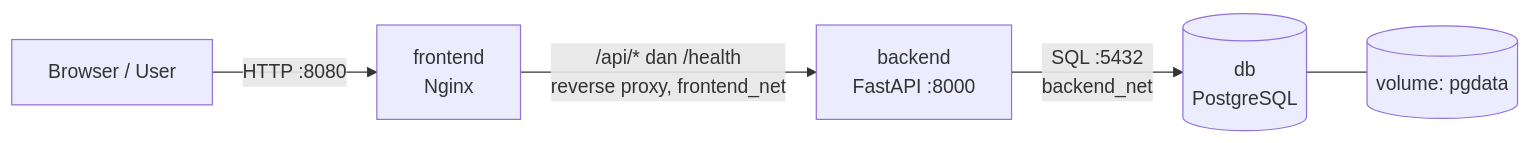
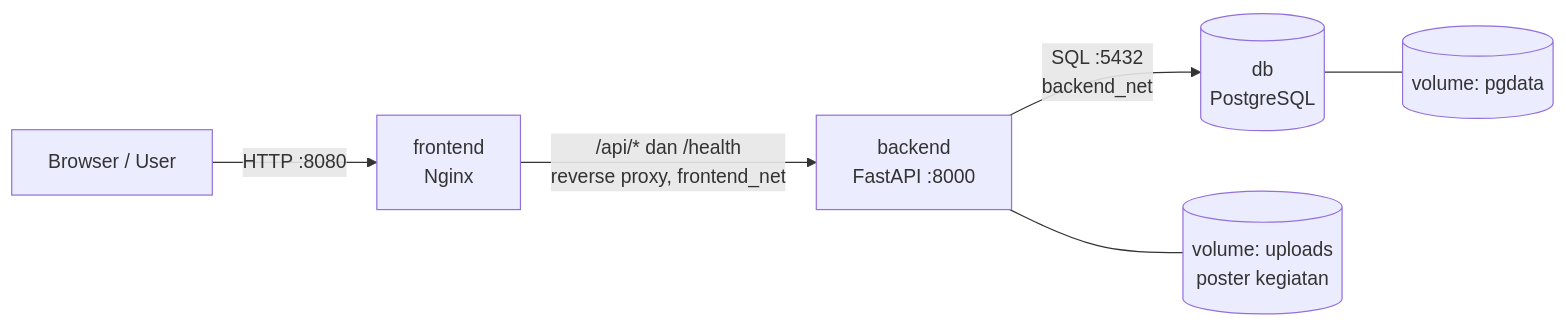
The diagram in README.md (JovanStefanus/event-registration-application), drawn with Mermaid before and after one commit. The commit also changed other lines of this file and 16 other files, not shown here.

First line of the commit message:
Tambah peta lokasi, poster kegiatan, tiket QR, dan fitur lanjutan

````diff
--- a/README.md
+++ b/README.md
@@ -9,7 +9,8 @@
 ```mermaid
 flowchart LR
     U[Browser / User] -->|HTTP :8080| F[frontend<br/>Nginx]
     F -->|/api/* dan /health<br/>reverse proxy, frontend_net| B[backend<br/>FastAPI :8000]
     B -->|SQL :5432<br/>backend_net| D[(db<br/>PostgreSQL)]
     D --- V[(volume: pgdata)]
+    B --- W[(volume: uploads<br/>poster kegiatan)]
 ```
````
